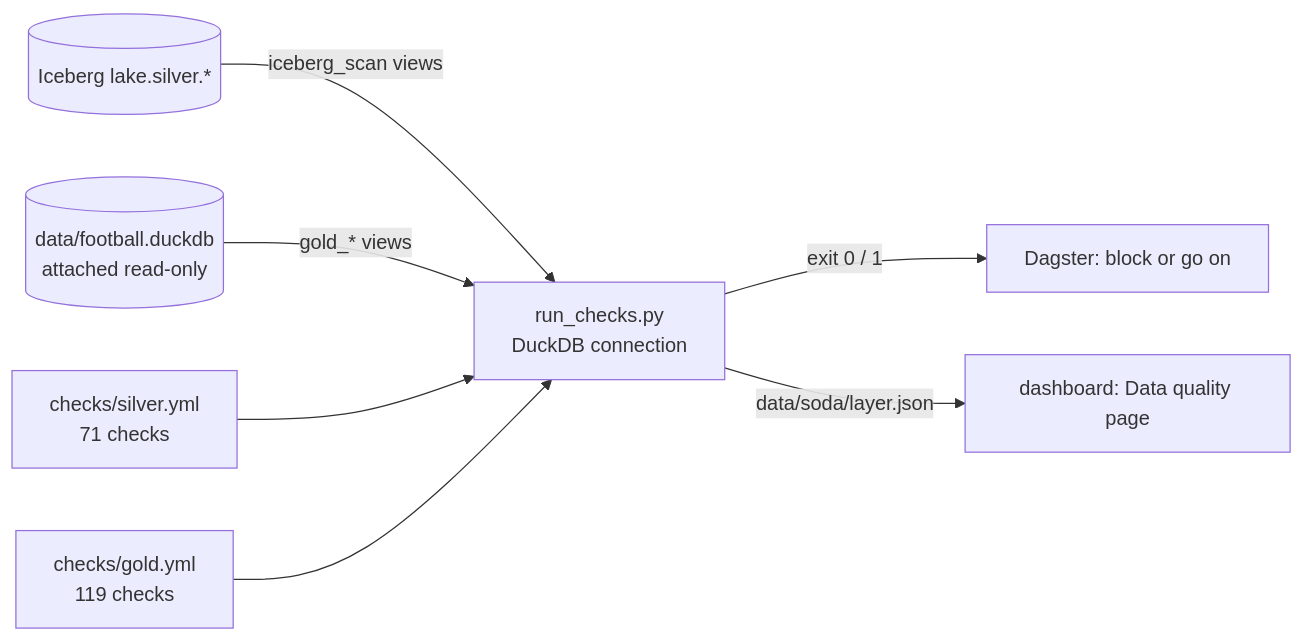
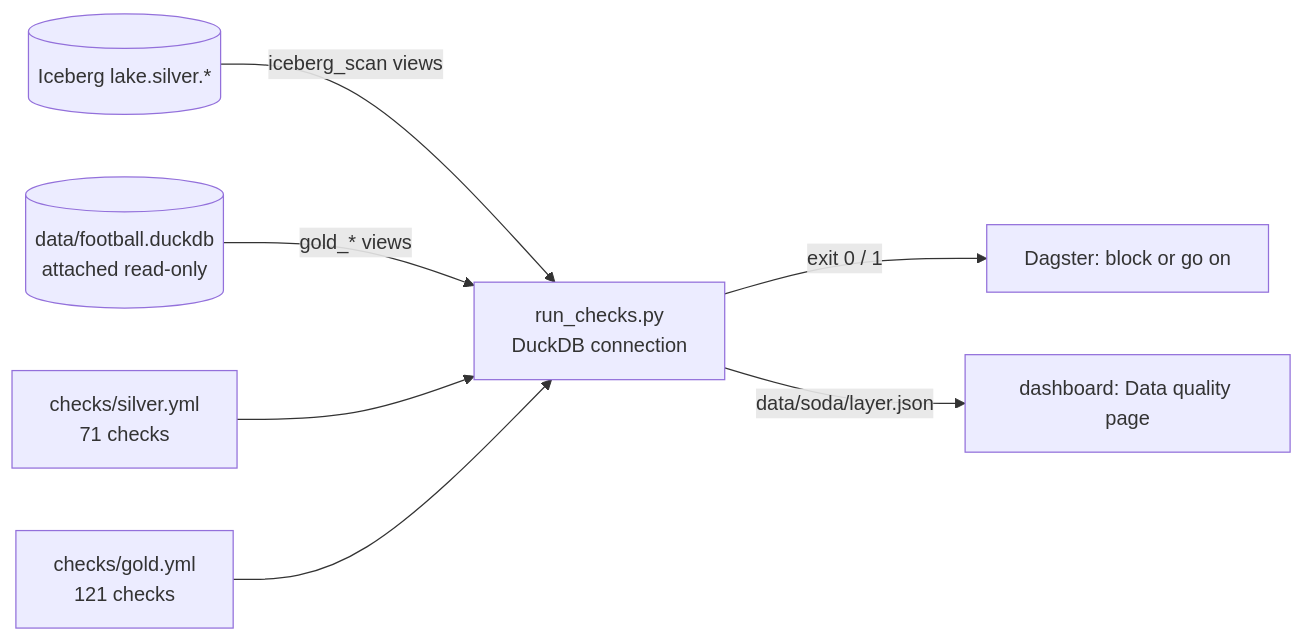
One commit to Anaximandr0s/football-data-platform changed the diagram in soda/README.md. Above: the diagram before and after it, drawn with Mermaid. The commit also changed other lines of this file and 5 other files, not shown here.

````diff
--- a/soda/README.md
+++ b/soda/README.md
@@ -7,9 +7,9 @@
 ```mermaid
 flowchart LR
     S[(Iceberg lake.silver.*)] -->|iceberg_scan views| R[run_checks.py<br/>DuckDB connection]
     G[(data/football.duckdb<br/>attached read-only)] -->|gold_* views| R
     C1[checks/silver.yml<br/>71 checks] --> R
-    C2[checks/gold.yml<br/>119 checks] --> R
+    C2[checks/gold.yml<br/>121 checks] --> R
     R -->|exit 0 / 1| D[Dagster: block or go on]
     R -->|data/soda/layer.json| A[dashboard: Data quality page]
 ```
````
